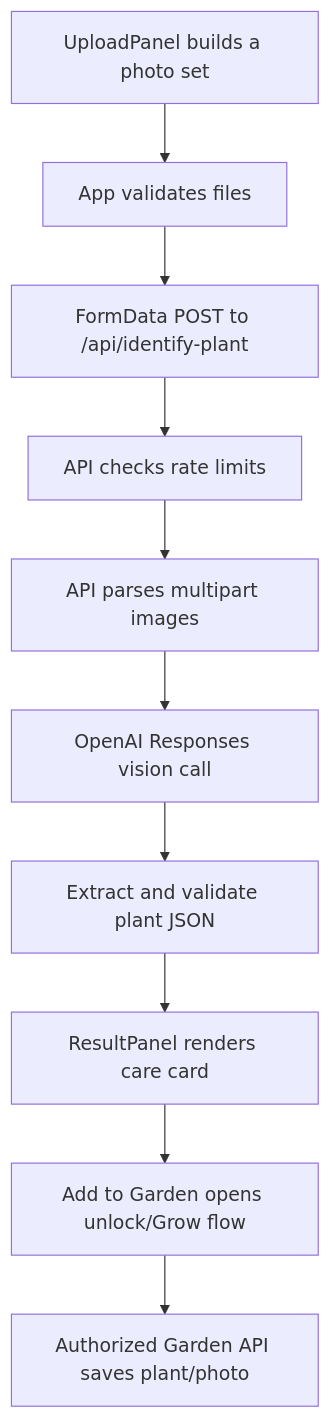
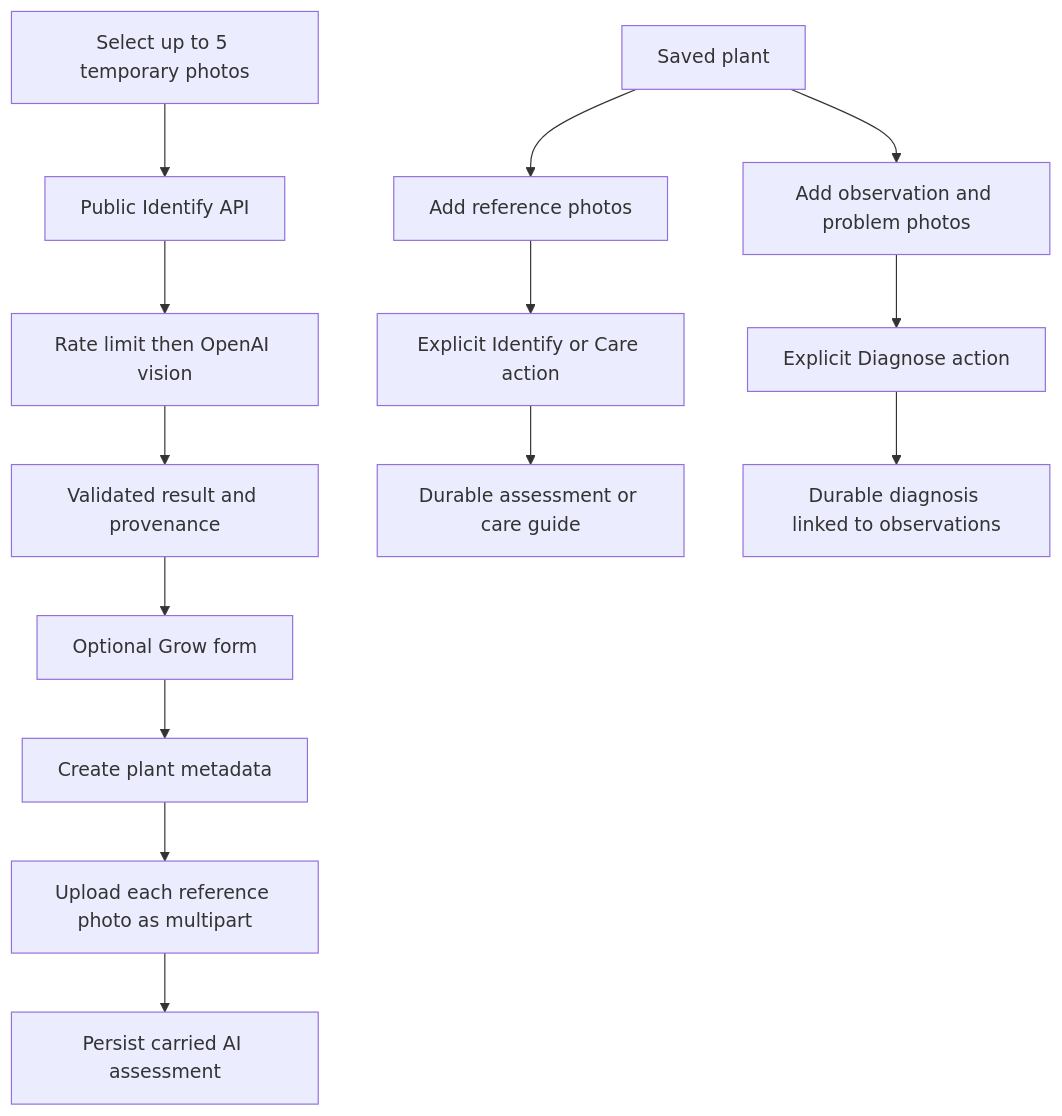
The diagram in CODEMAP.md (gavinnesom/plant-care-app), drawn with Mermaid before and after one commit. The commit also changed other lines of this file and 54 other files, not shown here.

Commit message:
Build durable plant care and diagnosis records (#7)

````diff
--- a/CODEMAP.md
+++ b/CODEMAP.md
@@ -14,12 +15,17 @@
 ```mermaid
 flowchart TD
-  A[UploadPanel builds a photo set] --> B[App validates files]
-  B --> C[FormData POST to /api/identify-plant]
-  C --> D[API checks rate limits]
-  D --> E[API parses multipart images]
-  E --> F[OpenAI Responses vision call]
-  F --> G[Extract and validate plant JSON]
-  G --> H[ResultPanel renders care card]
-  H --> I[Add to Garden opens unlock/Grow flow]
-  I --> J[Authorized Garden API saves plant/photo]
+  A[Select up to 5 temporary photos] --> B[Public Identify API]
+  B --> C[Rate limit then OpenAI vision]
+  C --> D[Validated result and provenance]
+  D --> E[Optional Grow form]
+  E --> F[Create plant metadata]
+  F --> G[Upload each reference photo as multipart]
+  G --> H[Persist carried AI assessment]
+
+  I[Saved plant] --> J[Add reference photos]
+  I --> K[Add observation and problem photos]
+  J --> L[Explicit Identify or Care action]
+  K --> M[Explicit Diagnose action]
+  L --> N[Durable assessment or care guide]
+  M --> O[Durable diagnosis linked to observations]
 ```
````
